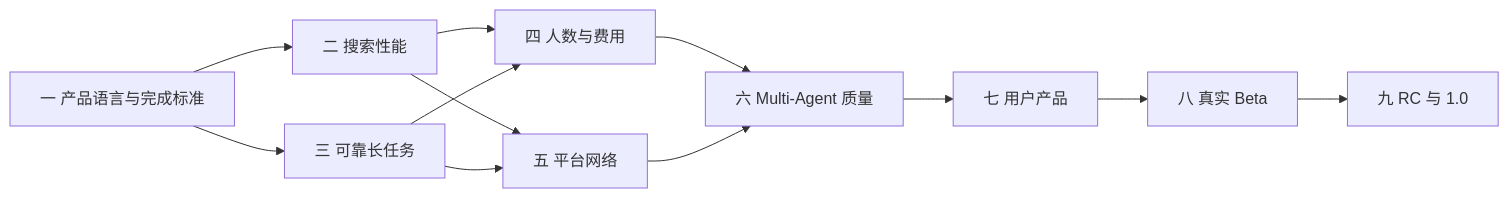
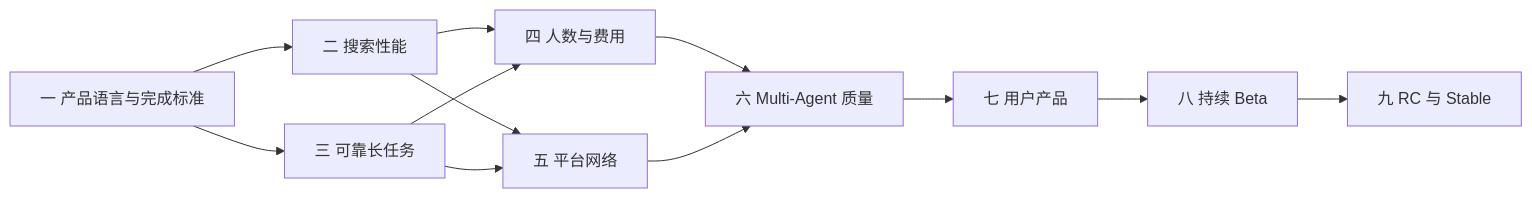
The second of 2 diagrams in docs/roadmap.md (Oxygen56/TripChord), drawn with Mermaid before and after one commit. The commit also changed other lines of this file and 18 other files, not shown here.

````diff
--- a/docs/roadmap.md
+++ b/docs/roadmap.md
@@ -456,14 +455,14 @@
 ```mermaid
 flowchart LR
     A[一 产品语言与完成标准] --> B[二 搜索性能]
     A --> C[三 可靠长任务]
     B --> D[四 人数与费用]
     C --> D
     B --> E[五 平台网络]
     C --> E
     D --> F[六 Multi-Agent 质量]
     E --> F
     F --> G[七 用户产品]
-    G --> H[八 真实 Beta]
-    H --> I[九 RC 与 1.0]
+    G --> H[八 持续 Beta]
+    H --> I[九 RC 与 Stable]
 ```
````
